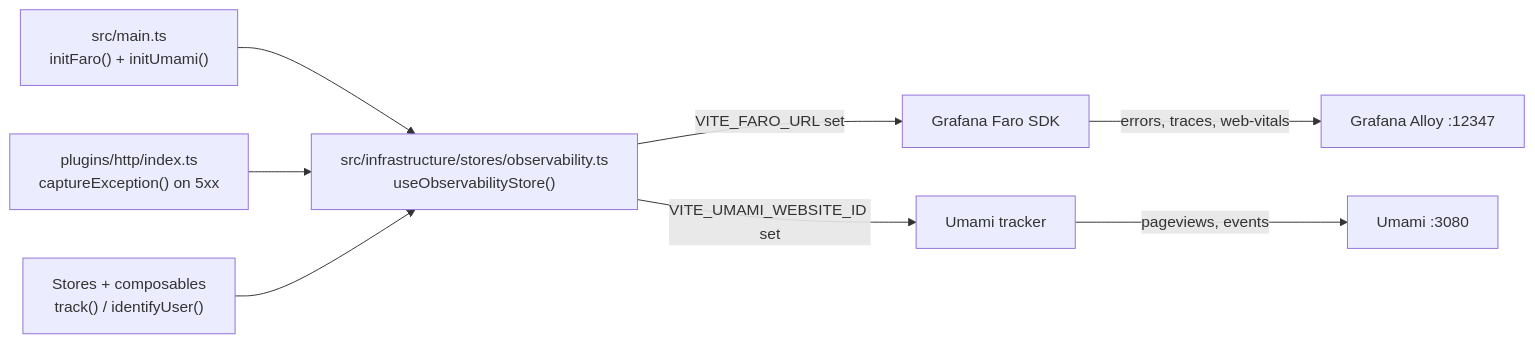
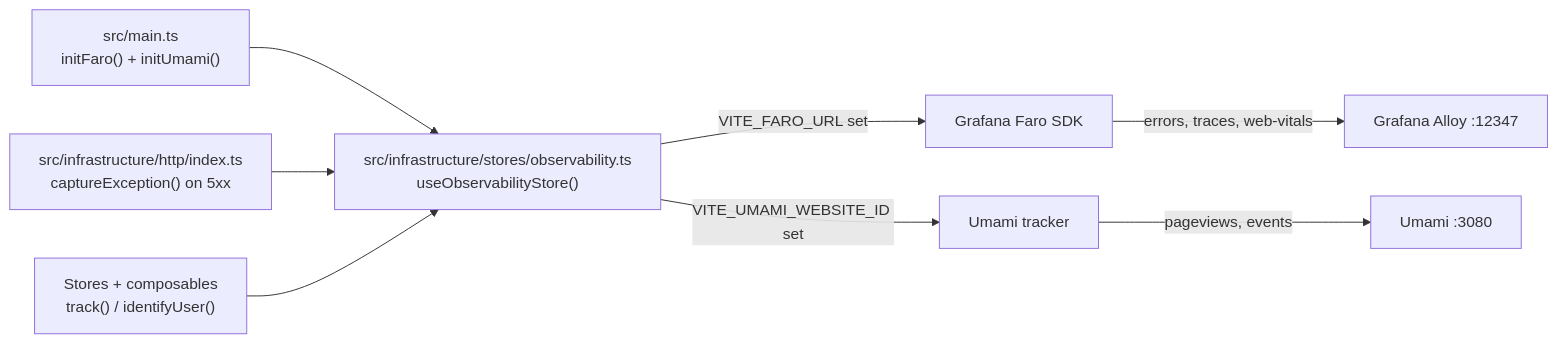
Before and after one commit to Guebbit/boilerplate-vue-frontend: the diagram in docs/tools/observability.md, drawn with Mermaid. The commit also changed other lines of this file and 12 other files, not shown here.

````diff
--- a/docs/tools/observability.md
+++ b/docs/tools/observability.md
@@ -16,16 +16,16 @@
 ```mermaid
 %%{init: {'flowchart': {'nodeSpacing': 50, 'rankSpacing': 65}}}%%
 flowchart LR
     Main["src/main.ts\ninitFaro() + initUmami()"]
     Store["src/infrastructure/stores/observability.ts\nuseObservabilityStore()"]
-    HTTP["plugins/http/index.ts\ncaptureException() on 5xx"]
+    HTTP["src/infrastructure/http/index.ts\ncaptureException() on 5xx"]
     Components["Stores + composables\ntrack() / identifyUser()"]
 
     Main --> Store
     HTTP --> Store
     Components --> Store
     Store -->|VITE_FARO_URL set| Faro["Grafana Faro SDK"]
     Store -->|VITE_UMAMI_WEBSITE_ID set| Umami["Umami tracker"]
     Faro -->|errors, traces, web-vitals| Alloy["Grafana Alloy :12347"]
     Umami -->|pageviews, events| UmamiServer["Umami :3080"]
 ```
````
